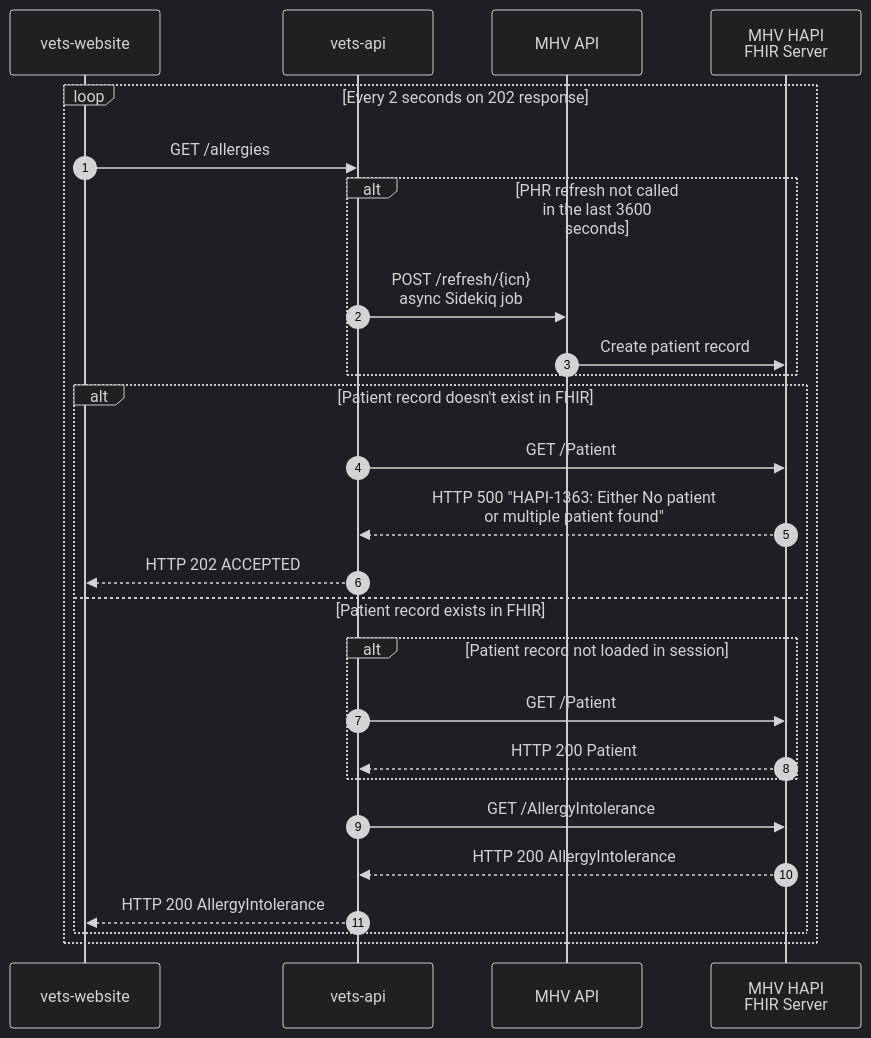
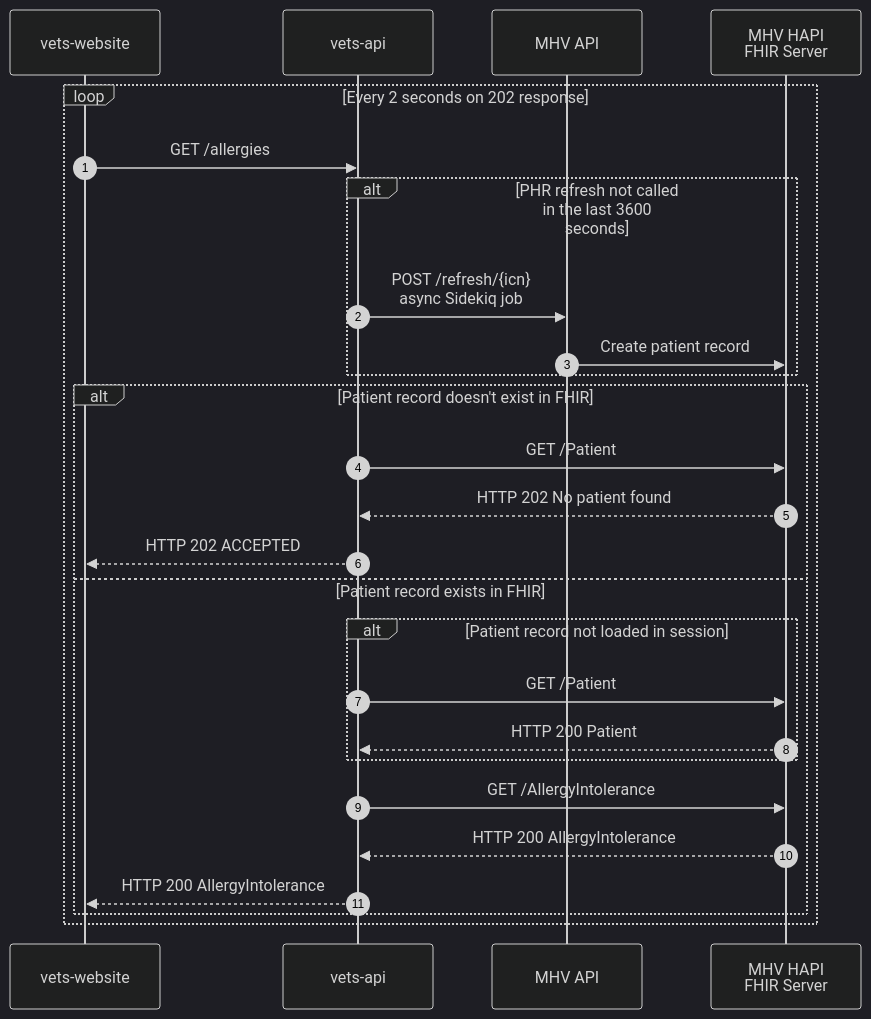
Before and after one commit to department-of-veterans-affairs/va.gov-team: the first of 2 diagrams in products/health-care/digital-health-modernization/mhv-to-va.gov/medical-records/process/phr-refresh.md, drawn with Mermaid (dark theme).

````diff
--- a/products/health-care/digital-health-modernization/mhv-to-va.gov/medical-records/process/phr-refresh.md
+++ b/products/health-care/digital-health-modernization/mhv-to-va.gov/medical-records/process/phr-refresh.md
@@ -41,28 +41,28 @@
 ```mermaid
 sequenceDiagram
 	autonumber
 	participant VW as vets-website
 	participant VA as vets-api
 	participant MHVAPI as MHV API
 	participant FHIR as MHV HAPI<br />FHIR Server
 	loop Every 2 seconds on 202 response
 		VW->>VA: GET /allergies
 		alt PHR refresh not called in the last 3600 seconds
 			VA->>MHVAPI: POST /refresh/{icn}<br/>async Sidekiq job
 			MHVAPI->>FHIR: Create patient record
 		end
 		alt Patient record doesn't exist in FHIR
 			VA->>FHIR: GET /Patient
-			FHIR-->>VA: HTTP 500 "HAPI-1363: Either No patient<br />or multiple patient found"
+			FHIR-->>VA: HTTP 202 No patient found
 			VA-->>VW: HTTP 202 ACCEPTED
 		else Patient record exists in FHIR
 			alt Patient record not loaded in session
 				VA->>FHIR: GET /Patient
 				FHIR-->>VA: HTTP 200 Patient
 			end
 			VA->>FHIR: GET /AllergyIntolerance
 			FHIR-->>VA: HTTP 200 AllergyIntolerance
 			VA-->>VW: HTTP 200 AllergyIntolerance
 		end
 	end
 ```
````
